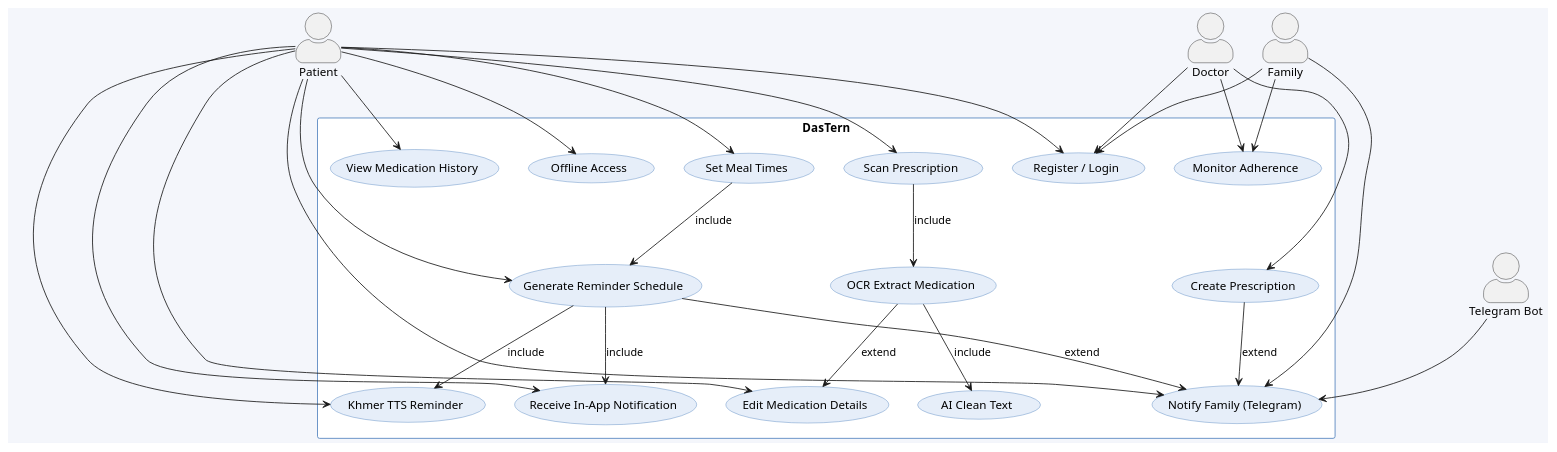
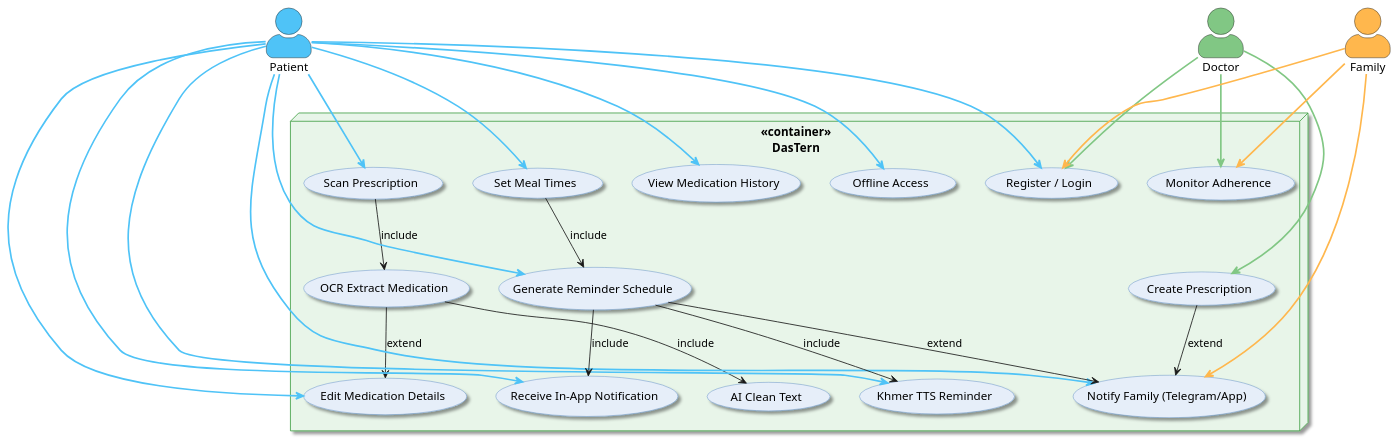
The diagram in capstone1/UMLDiagram/use_case_diagram_separate.puml (Choeng-Rayu/DasTern-Project), drawn with PlantUML before and after one commit. The commit also changed 5 other files, not shown here.

Commit message:
push done with uml

```diff
--- a/capstone1/UMLDiagram/use_case_diagram_separate.puml
+++ b/capstone1/UMLDiagram/use_case_diagram_separate.puml
@@ -1,65 +1,76 @@
 @startuml UseCase
 ' Use case diagram for DasTern medication adherence app
-skinparam backgroundColor #f4f6fb
+skinparam backgroundColor #ffffff
 skinparam actorStyle awesome
 skinparam rectangle {
   BackgroundColor #ffffff
   BorderColor #4f81bd
+  roundCorner 15
+  shadowing true
 }
 skinparam usecase {
   BackgroundColor #e6eef9
   BorderColor #4f81bd
+  shadowing true
+}
+skinparam node {
+  BackgroundColor<<container>> #e8f5e9
+  BorderColor<<container>> #43a047
+  roundCorner 20
+  shadowing true
+  FontSize 14
+  FontStyle bold
 }
 
-actor Patient
-actor Doctor
-actor Family as Caregiver
-actor "Telegram Bot" as Telegram
+actor Patient #4fc3f7
+actor Doctor #81c784
+actor Family as Caregiver #ffb74d
+' actor "Telegram Bot" as Telegram
 
-rectangle DasTern {
+node DasTern <<container>> {
   usecase "Register / Login" as UC_Register
   usecase "Scan Prescription" as UC_Scan
   usecase "OCR Extract Medication" as UC_OCR
   usecase "AI Clean Text" as UC_AI
   usecase "Edit Medication Details" as UC_Edit
   usecase "Generate Reminder Schedule" as UC_Schedule
   usecase "Set Meal Times" as UC_Meal
   usecase "Receive In-App Notification" as UC_Notify
   usecase "Khmer TTS Reminder" as UC_TTS
   usecase "View Medication History" as UC_History
   usecase "Offline Access" as UC_Offline
-  usecase "Notify Family (Telegram)" as UC_TG
+  usecase "Notify Family (Telegram/App)" as UC_TG
   usecase "Monitor Adherence" as UC_Monitor
   usecase "Create Prescription" as UC_Prescribe
 }
 
-Patient --> UC_Register
-Patient --> UC_Scan
+Patient -[#4fc3f7,thickness=2]-> UC_Register
+Patient -[#4fc3f7,thickness=2]-> UC_Scan
 UC_Scan --> UC_OCR : include
 UC_OCR --> UC_AI : include
-Patient --> UC_Edit
+Patient -[#4fc3f7,thickness=2]-> UC_Edit
 UC_OCR --> UC_Edit : extend
-Patient --> UC_Schedule
-Patient --> UC_Meal
+Patient -[#4fc3f7,thickness=2]-> UC_Schedule
+Patient -[#4fc3f7,thickness=2]-> UC_Meal
 UC_Meal --> UC_Schedule : include
-Patient --> UC_Notify
-Patient --> UC_TTS
-Patient --> UC_History
-Patient --> UC_Offline
-Patient --> UC_TG
+Patient -[#4fc3f7,thickness=2]-> UC_Notify
+Patient -[#4fc3f7,thickness=2]-> UC_TTS
+Patient -[#4fc3f7,thickness=2]-> UC_History
+Patient -[#4fc3f7,thickness=2]-> UC_Offline
+Patient -[#4fc3f7,thickness=2]-> UC_TG
 UC_Schedule --> UC_Notify : include
 UC_Schedule --> UC_TTS : include
 UC_Schedule --> UC_TG : extend
 
-Doctor --> UC_Register
-Doctor --> UC_Prescribe
-Doctor --> UC_Monitor
+Doctor -[#81c784,thickness=2]-> UC_Register
+Doctor -[#81c784,thickness=2]-> UC_Prescribe
+Doctor -[#81c784,thickness=2]-> UC_Monitor
 UC_Prescribe --> UC_TG : extend
 
-Caregiver --> UC_Register
-Caregiver --> UC_Monitor
-Caregiver --> UC_TG
+Caregiver -[#ffb74d,thickness=2]-> UC_Register
+Caregiver -[#ffb74d,thickness=2]-> UC_Monitor
+Caregiver -[#ffb74d,thickness=2]-> UC_TG
 
-Telegram --> UC_TG
+' Telegram --> UC_TG
 
 @enduml
```
